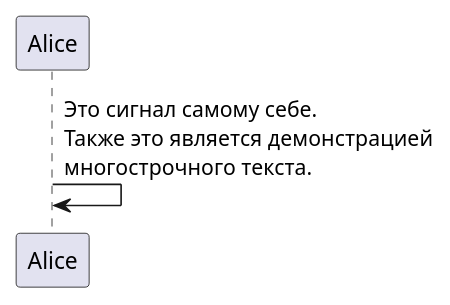
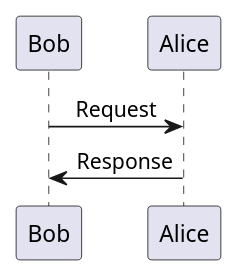
The first of 2 diagrams in sequence.wsd (mizandarii/uml), drawn with PlantUML before and after one commit. The commit also changed other lines of this file, not shown here.

```diff
--- a/sequence.wsd
+++ b/sequence.wsd
@@ -1,3 +1,5 @@
-@startuml sequence
-Alice -> Alice: Это сигнал самому себе.\nТакже это является демонстрацией \nмногострочного текста.
+@startuml 
+skinparam sequenceMessageAlign right
+Bob -> Alice : Request
+Alice -> Bob :Response
 @enduml
```
